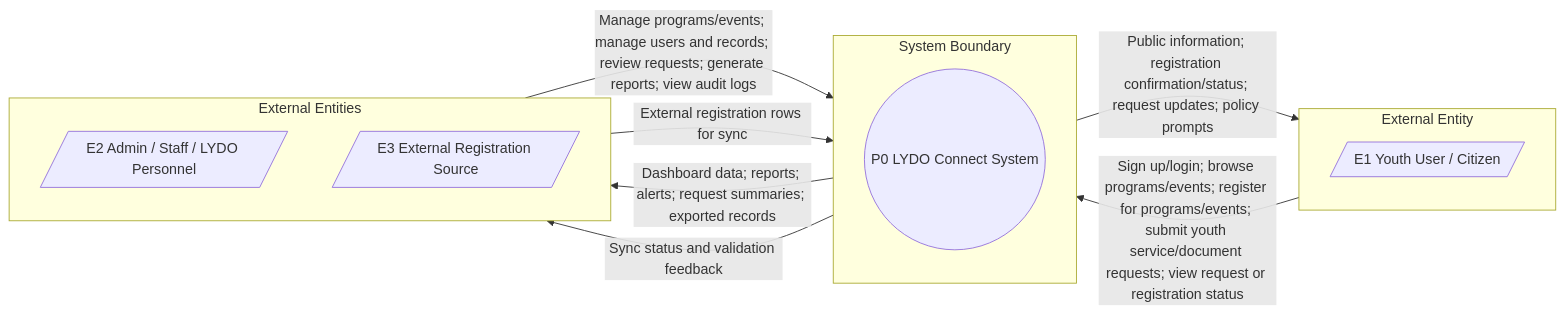
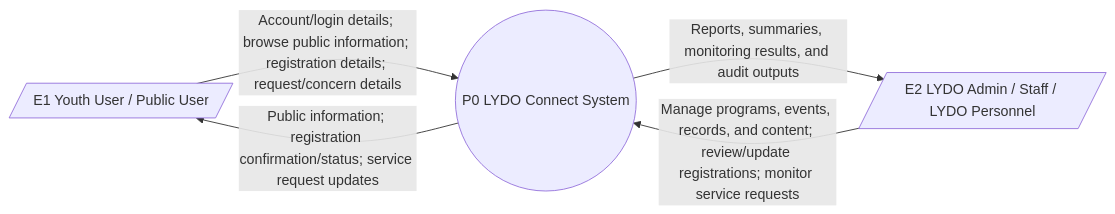
Before and after one commit to txiaoqt/lydo-connect-org-focused: the first of 3 diagrams in Methodology/data flow diagram.md, drawn with Mermaid. The commit also changed other lines of this file, not shown here.

````diff
--- a/Methodology/data flow diagram.md
+++ b/Methodology/data flow diagram.md
@@ -15,27 +14,12 @@
 ```mermaid
 flowchart LR
-    subgraph LEFT["External Entity"]
-        direction TB
-        E1[/"E1 Youth User / Citizen"/]
-    end
+    E1[/"E1 Youth User / Public User"/]
+    P0((P0 LYDO Connect System))
+    E2[/"E2 LYDO Admin / Staff / LYDO Personnel"/]
 
-    subgraph CENTER["System Boundary"]
-        direction TB
-        P0((P0 LYDO Connect System))
-    end
+    E1 -->|"Account/login details; browse public information; registration details; request/concern details"| P0
+    P0 -->|"Public information; registration confirmation/status; service request updates"| E1
 
-    subgraph RIGHT["External Entities"]
-        direction TB
-        E2[/"E2 Admin / Staff / LYDO Personnel"/]
-        E3[/"E3 External Registration Source"/]
-    end
-
-    E1 -->|"Sign up/login; browse programs/events; register for programs/events; submit youth service/document requests; view request or registration status"| P0
-    P0 -->|"Public information; registration confirmation/status; request updates; policy prompts"| E1
-
-    E2 -->|"Manage programs/events; manage users and records; review requests; generate reports; view audit logs"| P0
-    P0 -->|"Dashboard data; reports; alerts; request summaries; exported records"| E2
-
-    E3 -->|"External registration rows for sync"| P0
-    P0 -->|"Sync status and validation feedback"| E3
+    E2 -->|"Manage programs, events, records, and content; review/update registrations; monitor service requests"| P0
+    P0 -->|"Reports, summaries, monitoring results, and audit outputs"| E2
 ```
````
